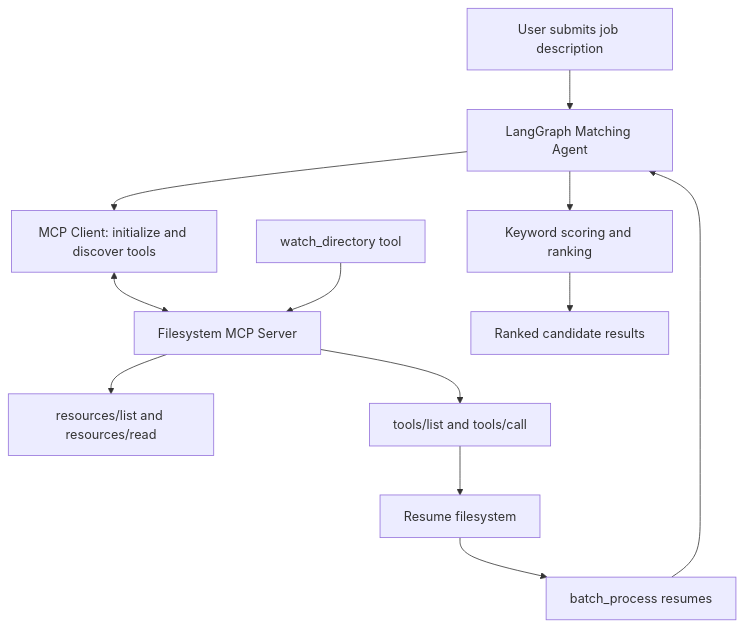
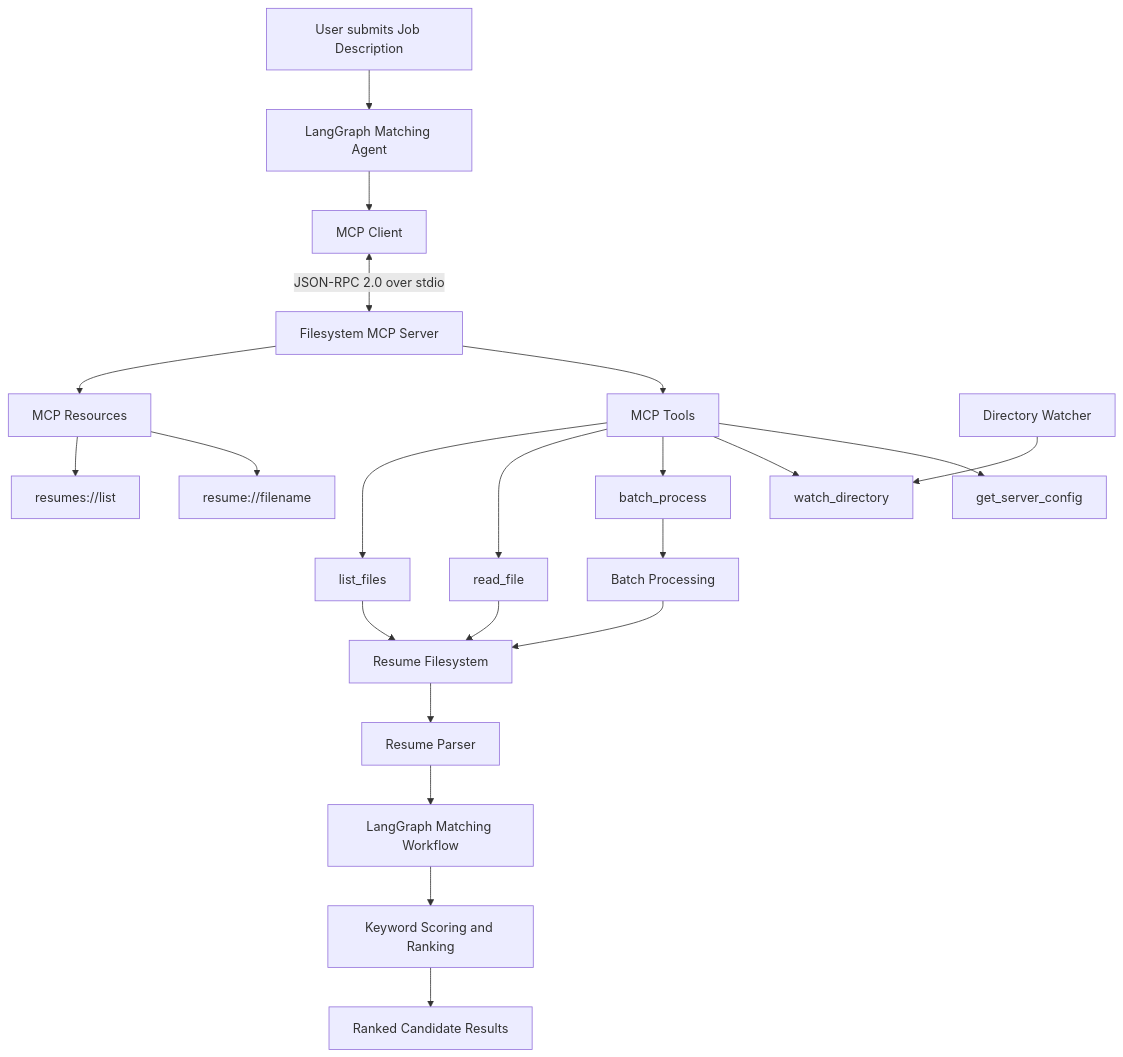
One commit to srinija169/resume-matching-mcp changed the diagram in diagrams/mcp_workflow.mmd. Above: the diagram before and after it, drawn with Mermaid.

Commit message:
Improve MCP workflow architecture diagram

```diff
--- a/diagrams/mcp_workflow.mmd
+++ b/diagrams/mcp_workflow.mmd
@@ -1,12 +1,43 @@
+
 flowchart TD
-    U[User submits job description] --> A[LangGraph Matching Agent]
-    A --> C[MCP Client: initialize and discover tools]
-    C <--> S[Filesystem MCP Server]
-    S --> R[resources/list and resources/read]
-    S --> T[tools/list and tools/call]
-    T --> F[Resume filesystem]
-    F --> B[batch_process resumes]
-    B --> A
-    A --> M[Keyword scoring and ranking]
-    M --> O[Ranked candidate results]
-    W[watch_directory tool] --> S
+    U[User submits Job Description]
+    A[LangGraph Matching Agent]
+    C[MCP Client]
+    S[Filesystem MCP Server]
+    R[MCP Resources]
+    T[MCP Tools]
+    F[Resume Filesystem]
+    P[Resume Parser]
+    B[Batch Processing]
+    G[LangGraph Matching Workflow]
+    M[Keyword Scoring and Ranking]
+    O[Ranked Candidate Results]
+    W[Directory Watcher]
+
+    U --> A
+    A --> C
+    C <-->|JSON-RPC 2.0 over stdio| S
+
+    S --> R
+    S --> T
+
+    R --> R1[resumes://list]
+    R --> R2[resume://filename]
+
+    T --> T1[list_files]
+    T --> T2[read_file]
+    T --> T3[batch_process]
+    T --> T4[watch_directory]
+    T --> T5[get_server_config]
+
+    T1 --> F
+    T2 --> F
+    T3 --> B
+    B --> F
+    F --> P
+    P --> G
+
+    W --> T4
+
+    G --> M
+    M --> O
```
